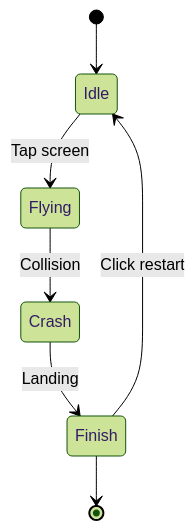
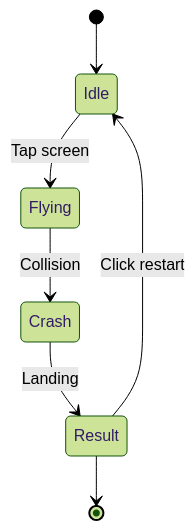
The first of 3 diagrams in docs/editor-first-2d-project.zh-CN.md (galacean/galacean.github.io), drawn with Mermaid (forest theme) before and after one commit. The commit also changed other lines of this file, not shown here.

````diff
--- a/docs/editor-first-2d-project.zh-CN.md
+++ b/docs/editor-first-2d-project.zh-CN.md
@@ -148,9 +150,9 @@
 ```mermaid
 stateDiagram
     [*] --> Idle
     Idle --> Flying: Tap screen
     Flying --> Crash: Collision
-    Crash --> Finish: Landing
-    Finish --> Idle: Click restart
-    Finish --> [*]
+    Crash --> Result: Landing
+    Result --> Idle: Click restart
+    Result --> [*]
 ```
````
